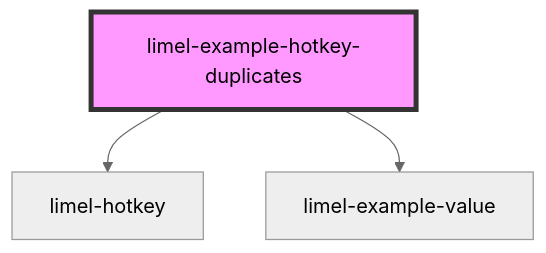
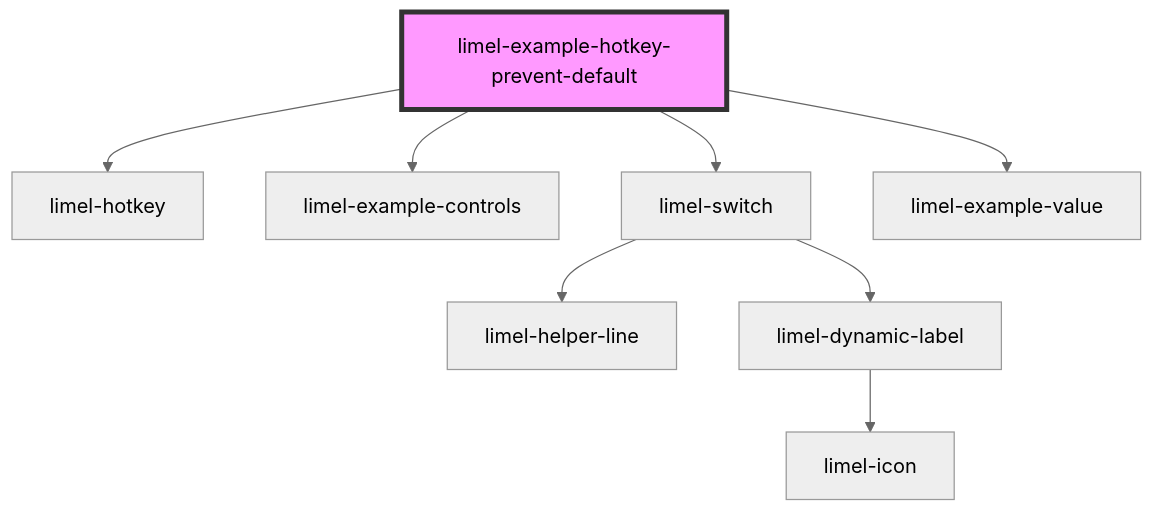
Before and after one commit to Lundalogik/lime-elements: the diagram in versions/PR-3818/markdown-docs/components/hotkey/examples/readme.md, drawn with Mermaid (neutral theme). The commit also changed other lines of this file and 274 other files, not shown here.

````diff
--- a/versions/PR-3818/markdown-docs/components/hotkey/examples/readme.md
+++ b/versions/PR-3818/markdown-docs/components/hotkey/examples/readme.md
@@ -36,6 +33,11 @@
 ```mermaid
 graph TD;
-  limel-example-hotkey-duplicates --> limel-hotkey
-  limel-example-hotkey-duplicates --> limel-example-value
-  style limel-example-hotkey-duplicates fill:#f9f,stroke:#333,stroke-width:4px
+  limel-example-hotkey-prevent-default --> limel-hotkey
+  limel-example-hotkey-prevent-default --> limel-example-controls
+  limel-example-hotkey-prevent-default --> limel-switch
+  limel-example-hotkey-prevent-default --> limel-example-value
+  limel-switch --> limel-helper-line
+  limel-switch --> limel-dynamic-label
+  limel-dynamic-label --> limel-icon
+  style limel-example-hotkey-prevent-default fill:#f9f,stroke:#333,stroke-width:4px
 ```
````
